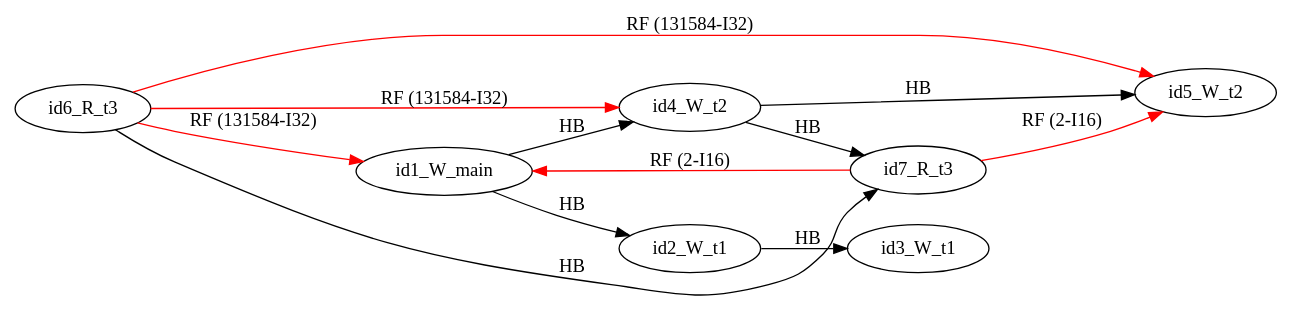
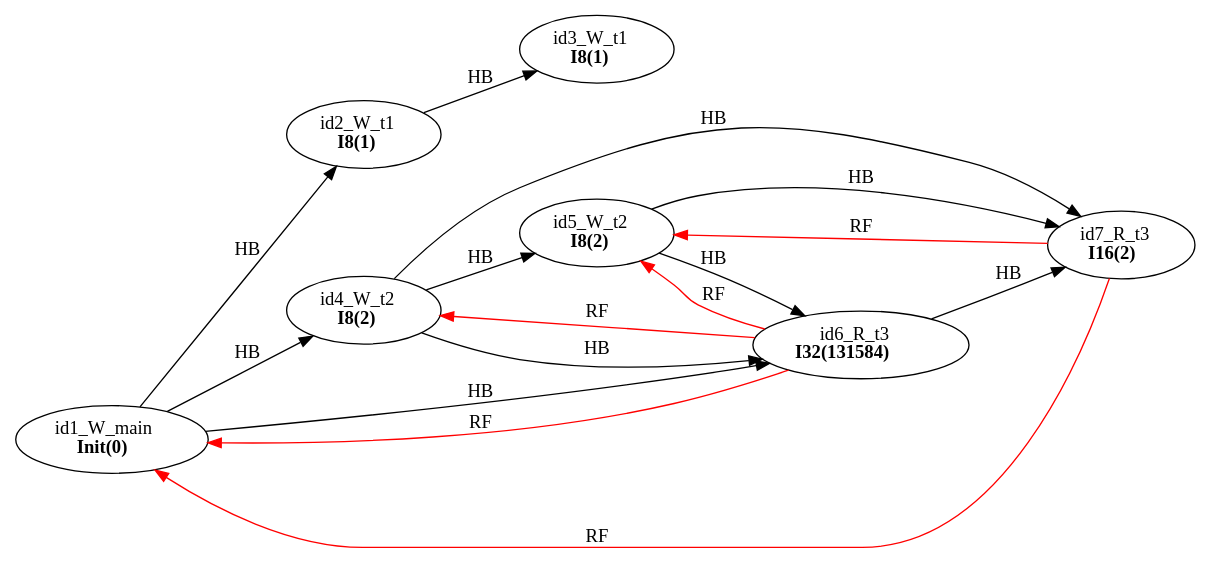
The diagram in examples/single_var/sv_simple15/mm12.dot (FMJS/EMME), drawn with Graphviz before and after one commit. The commit also changed 242 other files, not shown here.

```diff
--- a/examples/single_var/sv_simple15/mm12.dot
+++ b/examples/single_var/sv_simple15/mm12.dot
@@ -1,22 +1,26 @@
 digraph memory_model {
 rankdir=LR;
 splines=true; esep=0.5;
-id6_R_t3 -> id1_W_main [label = "RF (131584-I32)", color="red"];
-id6_R_t3 -> id4_W_t2 [label = "RF (131584-I32)", color="red"];
-id6_R_t3 -> id5_W_t2 [label = "RF (131584-I32)", color="red"];
-id7_R_t3 -> id1_W_main [label = "RF (2-I16)", color="red"];
-id7_R_t3 -> id5_W_t2 [label = "RF (2-I16)", color="red"];
 id2_W_t1 -> id3_W_t1 [label = "HB", color="black"];
 id4_W_t2 -> id5_W_t2 [label = "HB", color="black"];
 id6_R_t3 -> id7_R_t3 [label = "HB", color="black"];
 id1_W_main -> id2_W_t1 [label = "HB", color="black"];
 id1_W_main -> id4_W_t2 [label = "HB", color="black"];
+id1_W_main -> id6_R_t3 [label = "HB", color="black"];
+id4_W_t2 -> id6_R_t3 [label = "HB", color="black"];
 id4_W_t2 -> id7_R_t3 [label = "HB", color="black"];
-id1_W_main [pos="5.0,4!"]
-id2_W_t1 [pos="0,2!"]
-id3_W_t1 [pos="0,0!"]
-id4_W_t2 [pos="5,2!"]
-id5_W_t2 [pos="5,0!"]
-id6_R_t3 [pos="10,2!"]
-id7_R_t3 [pos="10,0!"]
+id5_W_t2 -> id6_R_t3 [label = "HB", color="black"];
+id5_W_t2 -> id7_R_t3 [label = "HB", color="black"];
+id6_R_t3 -> id1_W_main [label = "RF", color="red"];
+id6_R_t3 -> id4_W_t2 [label = "RF", color="red"];
+id6_R_t3 -> id5_W_t2 [label = "RF", color="red"];
+id7_R_t3 -> id1_W_main [label = "RF", color="red"];
+id7_R_t3 -> id5_W_t2 [label = "RF", color="red"];
+id1_W_main [label=<id1_W_main<br/><B>Init(0)</B>>, pos="5.0,4!"]
+id2_W_t1 [label=<id2_W_t1<br/><B>I8(1)</B>>, pos="0,2!"]
+id3_W_t1 [label=<id3_W_t1<br/><B>I8(1)</B>>, pos="0,0!"]
+id4_W_t2 [label=<id4_W_t2<br/><B>I8(2)</B>>, pos="5,2!"]
+id5_W_t2 [label=<id5_W_t2<br/><B>I8(2)</B>>, pos="5,0!"]
+id6_R_t3 [label=<id6_R_t3<br/><B>I32(131584)</B>>, pos="10,2!"]
+id7_R_t3 [label=<id7_R_t3<br/><B>I16(2)</B>>, pos="10,0!"]
 }
```
